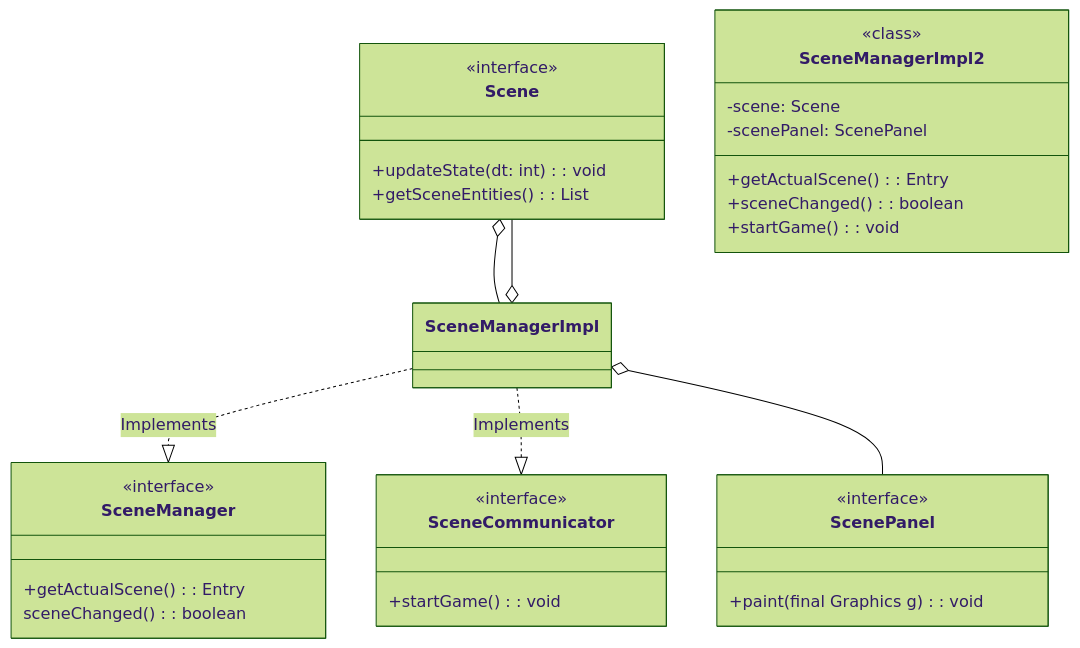
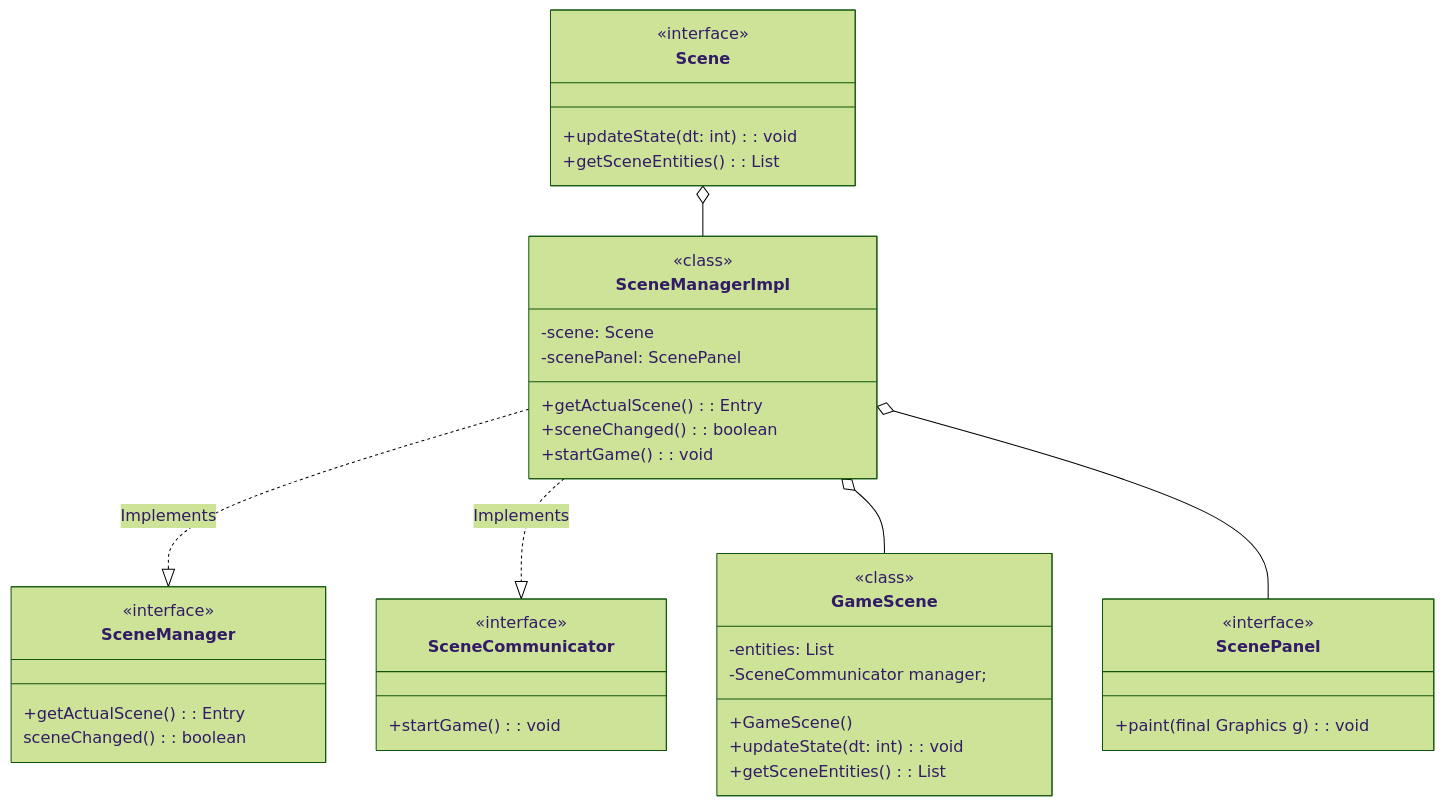
Before and after one commit to GiuseppeGambacorta/2DGameEngine: the third of 3 diagrams in README.md, drawn with Mermaid (forest theme). The commit also changed other lines of this file, not shown here.

````diff
--- a/README.md
+++ b/README.md
@@ -155,43 +156,54 @@
 ```mermaid
 classDiagram
 
 class SceneManager {
   <<interface>>
   +getActualScene(): Entry<ScenePanel,Scene>
   sceneChanged(): boolean
 }
 
 class Scene {
   <<interface>>
   +updateState(dt: int): void
   +getSceneEntities(): List<GameObject>
 }
 
 
 class ScenePanel{
   <<interface>>
   +paint(final Graphics g): void
 }
 
-class SceneManagerImpl2 {
+class SceneManagerImpl {
   <<class>>
   -scene: Scene
   -scenePanel: ScenePanel
   +getActualScene(): Entry<ScenePanel,Scene>
   +sceneChanged(): boolean
   +startGame() : void
 }
 
 
+class GameScene {
+  <<class>>
+  -entities: List<GameObject>
+  -SceneCommunicator manager;
+  +GameScene()
+  +updateState(dt: int): void
+  +getSceneEntities(): List<GameObject>
+}
+
+
+
 class SceneCommunicator {
   <<interface>>
   +startGame() : void
 }
 
 SceneManagerImpl ..|> SceneManager : Implements
 SceneManagerImpl ..|> SceneCommunicator : Implements
-SceneManagerImpl o-- Scene
+SceneManagerImpl o-- GameScene
 SceneManagerImpl o-- ScenePanel
 
 Scene o-- SceneManagerImpl
 ```
````
